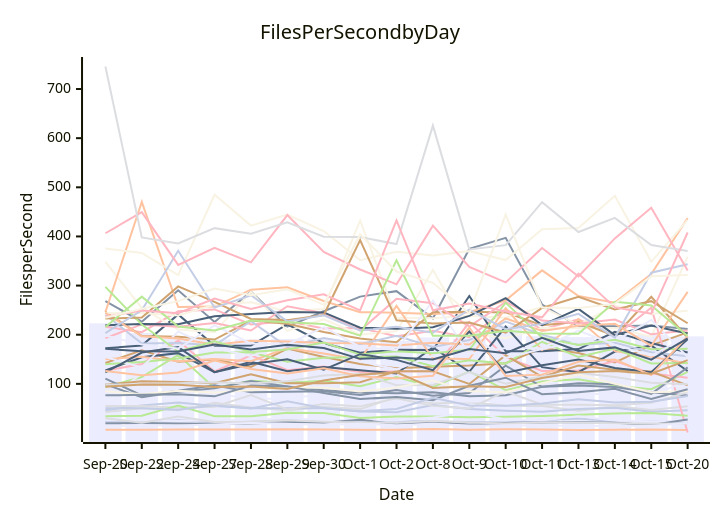
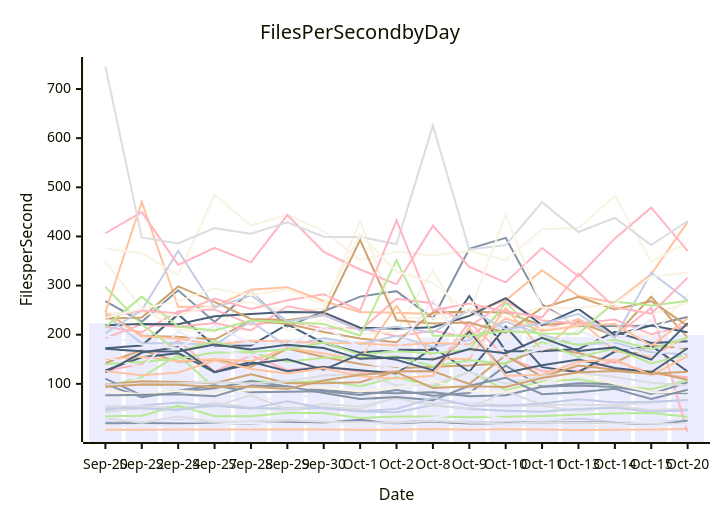
The diagram in perf-report.md (streetsidesoftware/cspell), drawn with Mermaid before and after one commit. The commit also changed other lines of this file and 2 other files, not shown here.

````diff
--- a/perf-report.md
+++ b/perf-report.md
@@ -11,57 +11,57 @@
 ```mermaid
 xychart-beta
     title Files Per Second by Day
     y-axis Files per Second
     x-axis Date [Sep-20, Sep-22, Sep-24, Sep-27, Sep-28, Sep-29, Sep-30, Oct-1, Oct-2, Oct-8, Oct-9, Oct-10, Oct-11, Oct-13, Oct-14, Oct-15, Oct-20]
-    bar [223.14, 203.41, 191.85, 190.34, 190.33, 191.42, 191.65, 187.17, 187.29, 194.39, 192.05, 218.83, 197.10, 195.24, 197.65, 199.65, 196.61]
-    line [268.40, 226.40, 290.41, 225.84, 287.60, 216.33, 247.70, 277.53, 288.63, 233.16, 374.71, 397.16, 261.34, 217.24, 217.08, 218.73, 211.69]
-    line [6.83, 6.48, 7.18, 7.27, 6.94, 7.83, 6.98, 6.40, 6.43, 8.18, 6.76, 7.44, 7.30, 6.32, 6.65, 7.26, 6.21]
-    line [42.51, 50.42, 46.36, 61.34, 51.99, 46.51, 53.11, 48.59, 73.40, 59.94, 62.62, 55.56, 54.77, 45.21, 54.60, 46.67, 54.34]
-    line [93.37, 113.84, 158.94, 91.50, 106.48, 102.03, 106.46, 94.98, 113.77, 93.63, 125.18, 87.00, 104.77, 109.42, 96.45, 89.22, 124.33]
-    line [142.56, 168.42, 145.10, 149.37, 134.63, 171.73, 154.69, 140.49, 131.94, 134.65, 137.28, 142.04, 172.94, 162.65, 143.57, 178.30, 204.82]
-    line [46.22, 56.03, 61.86, 55.07, 50.38, 50.26, 50.11, 43.90, 42.10, 56.81, 48.66, 45.19, 43.33, 48.66, 51.39, 43.09, 46.27]
+    bar [223.14, 203.41, 191.85, 190.34, 190.33, 191.42, 191.65, 187.17, 187.29, 194.39, 192.05, 218.83, 197.10, 195.24, 197.65, 199.65, 199.37]
+    line [268.40, 226.40, 290.41, 225.84, 287.60, 216.33, 247.70, 277.53, 288.63, 233.16, 374.71, 397.16, 261.34, 217.24, 217.08, 218.73, 236.08]
+    line [6.83, 6.48, 7.18, 7.27, 6.94, 7.83, 6.98, 6.40, 6.43, 8.18, 6.76, 7.44, 7.30, 6.32, 6.65, 7.26, 7.96]
+    line [42.51, 50.42, 46.36, 61.34, 51.99, 46.51, 53.11, 48.59, 73.40, 59.94, 62.62, 55.56, 54.77, 45.21, 54.60, 46.67, 49.27]
+    line [93.37, 113.84, 158.94, 91.50, 106.48, 102.03, 106.46, 94.98, 113.77, 93.63, 125.18, 87.00, 104.77, 109.42, 96.45, 89.22, 106.77]
+    line [142.56, 168.42, 145.10, 149.37, 134.63, 171.73, 154.69, 140.49, 131.94, 134.65, 137.28, 142.04, 172.94, 162.65, 143.57, 178.30, 170.91]
+    line [46.22, 56.03, 61.86, 55.07, 50.38, 50.26, 50.11, 43.90, 42.10, 56.81, 48.66, 45.19, 43.33, 48.66, 51.39, 43.09, 46.53]
     line [216.06, 205.09, 247.61, 251.50, 220.80, 227.59, 212.73, 213.55, 197.04, 208.25, 194.51, 251.63, 210.60, 231.31, 197.08, 254.89, 1.00]
-    line [172.61, 177.91, 241.32, 177.39, 178.05, 221.01, 182.74, 163.48, 169.32, 168.97, 278.92, 166.54, 166.53, 170.79, 205.75, 183.07, 163.93]
-    line [348.02, 254.54, 210.42, 205.10, 287.53, 207.85, 231.21, 200.22, 207.10, 331.74, 203.63, 192.81, 213.97, 213.28, 213.47, 195.94, 359.05]
-    line [64.95, 121.18, 70.33, 81.37, 68.55, 70.46, 78.07, 69.43, 66.84, 65.37, 64.09, 65.74, 75.83, 77.12, 81.28, 76.22, 105.99]
-    line [98.84, 72.96, 83.85, 90.86, 105.55, 94.80, 87.05, 82.35, 80.71, 82.95, 74.90, 76.80, 94.05, 96.82, 93.39, 82.69, 76.36]
-    line [246.03, 470.19, 256.56, 257.27, 291.74, 296.65, 268.66, 245.94, 244.92, 242.23, 245.65, 270.12, 330.98, 278.79, 265.30, 323.42, 437.26]
-    line [54.86, 55.17, 51.26, 53.54, 77.09, 47.84, 59.17, 54.01, 70.63, 55.18, 49.90, 84.72, 57.64, 57.38, 56.41, 61.33, 82.74]
-    line [33.83, 35.26, 55.80, 33.99, 34.03, 41.23, 40.49, 30.44, 33.53, 33.57, 32.29, 33.27, 34.79, 37.33, 39.68, 40.77, 34.90]
-    line [246.18, 197.54, 195.96, 190.07, 228.82, 222.46, 205.73, 192.21, 184.58, 245.51, 246.82, 245.36, 219.50, 226.50, 197.43, 277.21, 193.75]
-    line [24.38, 22.79, 25.90, 22.55, 24.52, 26.32, 24.36, 24.04, 25.09, 23.35, 22.45, 21.51, 25.71, 29.42, 23.92, 24.25, 22.11]
-    line [126.65, 140.55, 188.49, 125.20, 157.87, 127.91, 135.21, 124.24, 125.20, 125.79, 225.70, 154.24, 126.07, 127.29, 146.49, 121.12, 112.39]
-    line [127.46, 154.00, 162.49, 123.69, 144.71, 125.72, 134.25, 127.46, 121.17, 173.95, 124.58, 216.72, 133.97, 123.87, 165.74, 177.89, 126.21]
-    line [243.99, 243.96, 239.11, 261.23, 266.19, 247.38, 252.69, 432.16, 234.56, 233.40, 238.56, 234.64, 256.33, 219.99, 259.48, 242.38, 248.64]
-    line [25.97, 25.29, 24.28, 26.03, 27.14, 29.89, 26.22, 25.83, 25.33, 31.76, 42.94, 27.61, 25.97, 34.21, 25.09, 23.71, 24.32]
-    line [19.73, 20.13, 19.16, 18.74, 19.48, 22.38, 21.10, 27.10, 18.00, 23.58, 17.31, 20.37, 21.44, 22.38, 20.97, 16.04, 27.49]
-    line [150.22, 155.16, 146.16, 150.57, 146.25, 172.87, 161.95, 149.25, 258.77, 151.43, 150.43, 254.02, 168.57, 231.71, 166.56, 155.07, 141.64]
-    line [29.89, 21.10, 33.29, 22.21, 22.99, 25.81, 22.79, 21.40, 20.78, 24.57, 21.27, 19.07, 21.50, 21.24, 19.97, 18.63, 19.47]
-    line [139.87, 144.59, 151.47, 163.76, 164.48, 145.07, 153.00, 154.07, 155.61, 136.07, 148.26, 141.19, 185.69, 154.55, 171.82, 141.67, 142.46]
-    line [98.32, 105.51, 103.82, 101.18, 119.72, 101.30, 101.24, 103.40, 125.70, 125.48, 99.76, 158.05, 114.31, 137.32, 128.51, 125.12, 96.95]
-    line [240.62, 182.34, 183.11, 178.48, 227.71, 175.37, 193.07, 180.70, 197.68, 174.97, 189.16, 226.87, 200.18, 179.39, 183.41, 164.40, 156.31]
-    line [193.09, 220.97, 216.09, 223.67, 208.59, 258.02, 244.00, 208.42, 273.15, 264.14, 216.71, 266.75, 228.80, 223.08, 230.72, 200.81, 208.61]
-    line [219.17, 221.75, 221.55, 237.73, 242.39, 246.40, 245.33, 214.25, 212.38, 215.08, 238.25, 274.47, 219.66, 252.51, 199.34, 218.85, 202.54]
-    line [375.60, 366.33, 321.23, 484.87, 422.08, 444.64, 410.96, 351.78, 368.84, 361.47, 370.09, 351.86, 414.54, 417.07, 482.80, 348.28, 433.56]
-    line [154.49, 133.29, 206.55, 172.23, 156.59, 180.95, 179.76, 145.22, 129.53, 157.39, 199.58, 152.82, 170.97, 185.75, 186.96, 229.89, 154.63]
-    line [110.64, 76.31, 85.79, 97.01, 82.92, 84.16, 84.72, 77.34, 87.34, 75.86, 81.29, 136.91, 94.03, 101.02, 99.02, 79.59, 133.46]
-    line [244.43, 196.97, 192.51, 179.82, 187.80, 186.23, 183.20, 182.62, 177.99, 183.70, 179.89, 233.14, 207.50, 218.41, 222.25, 177.43, 287.18]
-    line [98.38, 99.03, 101.47, 103.27, 100.93, 105.22, 117.10, 120.39, 97.23, 97.90, 123.96, 100.36, 115.55, 122.73, 114.09, 102.09, 99.27]
-    line [297.37, 220.86, 165.88, 186.63, 165.05, 169.83, 183.91, 159.55, 166.58, 162.12, 169.35, 265.31, 194.05, 178.95, 189.91, 170.29, 171.45]
-    line [233.17, 234.84, 298.34, 266.72, 232.18, 229.70, 240.06, 392.72, 229.48, 222.78, 224.66, 204.36, 254.42, 277.26, 251.58, 268.24, 223.36]
-    line [203.26, 249.81, 370.77, 255.08, 280.21, 227.10, 239.56, 208.40, 216.14, 204.22, 251.15, 211.26, 222.05, 242.35, 194.13, 326.19, 343.51]
-    line [406.48, 449.44, 342.12, 376.67, 347.31, 443.48, 368.45, 332.70, 302.48, 422.03, 338.21, 306.48, 376.46, 318.53, 395.99, 458.46, 330.81]
-    line [123.33, 163.66, 174.86, 123.76, 140.60, 149.87, 128.75, 160.37, 148.80, 127.97, 206.50, 122.84, 138.06, 149.67, 132.46, 123.48, 190.98]
-    line [84.89, 78.73, 86.02, 82.17, 86.87, 92.07, 92.00, 84.24, 92.67, 106.68, 84.76, 82.82, 101.29, 118.90, 100.19, 82.72, 84.82]
-    line [198.42, 179.83, 171.82, 219.08, 181.95, 180.26, 215.27, 175.03, 168.70, 269.72, 161.18, 172.81, 172.65, 208.47, 179.72, 157.56, 196.27]
-    line [76.57, 77.71, 78.68, 74.59, 96.62, 94.86, 81.46, 69.18, 73.06, 66.65, 96.25, 112.51, 78.91, 82.77, 89.92, 69.05, 89.02]
-    line [126.36, 117.29, 122.97, 147.55, 130.31, 120.84, 131.56, 115.38, 110.82, 116.53, 214.42, 116.00, 118.77, 144.83, 149.59, 117.74, 196.92]
-    line [745.85, 398.12, 385.90, 416.89, 405.74, 428.96, 399.50, 398.65, 384.43, 625.58, 373.38, 382.28, 469.75, 409.07, 437.77, 382.49, 370.38]
-    line [215.66, 277.45, 216.60, 208.75, 228.82, 225.46, 221.92, 198.17, 351.24, 197.76, 198.13, 208.30, 202.68, 201.79, 267.21, 259.65, 197.31]
-    line [94.28, 98.57, 98.01, 93.82, 94.62, 89.71, 106.79, 118.50, 123.61, 91.76, 95.32, 93.61, 112.00, 123.43, 125.94, 120.60, 148.28]
-    line [50.36, 50.54, 47.43, 56.40, 49.96, 64.67, 50.46, 44.40, 48.96, 71.61, 56.00, 55.29, 59.99, 68.80, 62.02, 63.75, 75.46]
-    line [236.84, 249.23, 243.91, 273.74, 252.33, 270.33, 282.14, 249.68, 432.83, 249.77, 263.65, 247.10, 235.41, 323.97, 255.64, 242.67, 408.00]
-    line [171.44, 166.11, 165.94, 180.17, 169.69, 179.61, 173.13, 150.88, 153.50, 149.45, 170.98, 162.38, 193.61, 167.04, 174.22, 149.10, 192.69]
-    line [234.66, 253.01, 268.39, 293.97, 280.40, 292.26, 260.88, 404.51, 328.53, 305.64, 243.36, 444.70, 255.37, 254.42, 262.77, 318.79, 321.56]
-    line [13.68, 15.06, 15.07, 17.30, 20.40, 18.84, 16.01, 18.80, 15.62, 18.14, 15.49, 15.23, 15.94, 13.89, 14.53, 14.11, 20.25]
+    line [172.61, 177.91, 241.32, 177.39, 178.05, 221.01, 182.74, 163.48, 169.32, 168.97, 278.92, 166.54, 166.53, 170.79, 205.75, 183.07, 186.73]
+    line [348.02, 254.54, 210.42, 205.10, 287.53, 207.85, 231.21, 200.22, 207.10, 331.74, 203.63, 192.81, 213.97, 213.28, 213.47, 195.94, 281.48]
+    line [64.95, 121.18, 70.33, 81.37, 68.55, 70.46, 78.07, 69.43, 66.84, 65.37, 64.09, 65.74, 75.83, 77.12, 81.28, 76.22, 89.41]
+    line [98.84, 72.96, 83.85, 90.86, 105.55, 94.80, 87.05, 82.35, 80.71, 82.95, 74.90, 76.80, 94.05, 96.82, 93.39, 82.69, 80.94]
+    line [246.03, 470.19, 256.56, 257.27, 291.74, 296.65, 268.66, 245.94, 244.92, 242.23, 245.65, 270.12, 330.98, 278.79, 265.30, 323.42, 429.01]
+    line [54.86, 55.17, 51.26, 53.54, 77.09, 47.84, 59.17, 54.01, 70.63, 55.18, 49.90, 84.72, 57.64, 57.38, 56.41, 61.33, 67.41]
+    line [33.83, 35.26, 55.80, 33.99, 34.03, 41.23, 40.49, 30.44, 33.53, 33.57, 32.29, 33.27, 34.79, 37.33, 39.68, 40.77, 33.11]
+    line [246.18, 197.54, 195.96, 190.07, 228.82, 222.46, 205.73, 192.21, 184.58, 245.51, 246.82, 245.36, 219.50, 226.50, 197.43, 277.21, 193.99]
+    line [24.38, 22.79, 25.90, 22.55, 24.52, 26.32, 24.36, 24.04, 25.09, 23.35, 22.45, 21.51, 25.71, 29.42, 23.92, 24.25, 24.95]
+    line [126.65, 140.55, 188.49, 125.20, 157.87, 127.91, 135.21, 124.24, 125.20, 125.79, 225.70, 154.24, 126.07, 127.29, 146.49, 121.12, 113.50]
+    line [127.46, 154.00, 162.49, 123.69, 144.71, 125.72, 134.25, 127.46, 121.17, 173.95, 124.58, 216.72, 133.97, 123.87, 165.74, 177.89, 125.02]
+    line [243.99, 243.96, 239.11, 261.23, 266.19, 247.38, 252.69, 432.16, 234.56, 233.40, 238.56, 234.64, 256.33, 219.99, 259.48, 242.38, 264.24]
+    line [25.97, 25.29, 24.28, 26.03, 27.14, 29.89, 26.22, 25.83, 25.33, 31.76, 42.94, 27.61, 25.97, 34.21, 25.09, 23.71, 23.43]
+    line [19.73, 20.13, 19.16, 18.74, 19.48, 22.38, 21.10, 27.10, 18.00, 23.58, 17.31, 20.37, 21.44, 22.38, 20.97, 16.04, 25.16]
+    line [150.22, 155.16, 146.16, 150.57, 146.25, 172.87, 161.95, 149.25, 258.77, 151.43, 150.43, 254.02, 168.57, 231.71, 166.56, 155.07, 196.36]
+    line [29.89, 21.10, 33.29, 22.21, 22.99, 25.81, 22.79, 21.40, 20.78, 24.57, 21.27, 19.07, 21.50, 21.24, 19.97, 18.63, 18.81]
+    line [139.87, 144.59, 151.47, 163.76, 164.48, 145.07, 153.00, 154.07, 155.61, 136.07, 148.26, 141.19, 185.69, 154.55, 171.82, 141.67, 160.22]
+    line [98.32, 105.51, 103.82, 101.18, 119.72, 101.30, 101.24, 103.40, 125.70, 125.48, 99.76, 158.05, 114.31, 137.32, 128.51, 125.12, 108.27]
+    line [240.62, 182.34, 183.11, 178.48, 227.71, 175.37, 193.07, 180.70, 197.68, 174.97, 189.16, 226.87, 200.18, 179.39, 183.41, 164.40, 159.49]
+    line [193.09, 220.97, 216.09, 223.67, 208.59, 258.02, 244.00, 208.42, 273.15, 264.14, 216.71, 266.75, 228.80, 223.08, 230.72, 200.81, 218.77]
+    line [219.17, 221.75, 221.55, 237.73, 242.39, 246.40, 245.33, 214.25, 212.38, 215.08, 238.25, 274.47, 219.66, 252.51, 199.34, 218.85, 204.99]
+    line [375.60, 366.33, 321.23, 484.87, 422.08, 444.64, 410.96, 351.78, 368.84, 361.47, 370.09, 351.86, 414.54, 417.07, 482.80, 348.28, 388.55]
+    line [154.49, 133.29, 206.55, 172.23, 156.59, 180.95, 179.76, 145.22, 129.53, 157.39, 199.58, 152.82, 170.97, 185.75, 186.96, 229.89, 148.98]
+    line [110.64, 76.31, 85.79, 97.01, 82.92, 84.16, 84.72, 77.34, 87.34, 75.86, 81.29, 136.91, 94.03, 101.02, 99.02, 79.59, 103.01]
+    line [244.43, 196.97, 192.51, 179.82, 187.80, 186.23, 183.20, 182.62, 177.99, 183.70, 179.89, 233.14, 207.50, 218.41, 222.25, 177.43, 233.06]
+    line [98.38, 99.03, 101.47, 103.27, 100.93, 105.22, 117.10, 120.39, 97.23, 97.90, 123.96, 100.36, 115.55, 122.73, 114.09, 102.09, 96.85]
+    line [297.37, 220.86, 165.88, 186.63, 165.05, 169.83, 183.91, 159.55, 166.58, 162.12, 169.35, 265.31, 194.05, 178.95, 189.91, 170.29, 194.31]
+    line [233.17, 234.84, 298.34, 266.72, 232.18, 229.70, 240.06, 392.72, 229.48, 222.78, 224.66, 204.36, 254.42, 277.26, 251.58, 268.24, 217.93]
+    line [203.26, 249.81, 370.77, 255.08, 280.21, 227.10, 239.56, 208.40, 216.14, 204.22, 251.15, 211.26, 222.05, 242.35, 194.13, 326.19, 270.15]
+    line [406.48, 449.44, 342.12, 376.67, 347.31, 443.48, 368.45, 332.70, 302.48, 422.03, 338.21, 306.48, 376.46, 318.53, 395.99, 458.46, 370.45]
+    line [123.33, 163.66, 174.86, 123.76, 140.60, 149.87, 128.75, 160.37, 148.80, 127.97, 206.50, 122.84, 138.06, 149.67, 132.46, 123.48, 172.40]
+    line [84.89, 78.73, 86.02, 82.17, 86.87, 92.07, 92.00, 84.24, 92.67, 106.68, 84.76, 82.82, 101.29, 118.90, 100.19, 82.72, 84.05]
+    line [198.42, 179.83, 171.82, 219.08, 181.95, 180.26, 215.27, 175.03, 168.70, 269.72, 161.18, 172.81, 172.65, 208.47, 179.72, 157.56, 178.54]
+    line [76.57, 77.71, 78.68, 74.59, 96.62, 94.86, 81.46, 69.18, 73.06, 66.65, 96.25, 112.51, 78.91, 82.77, 89.92, 69.05, 88.06]
+    line [126.36, 117.29, 122.97, 147.55, 130.31, 120.84, 131.56, 115.38, 110.82, 116.53, 214.42, 116.00, 118.77, 144.83, 149.59, 117.74, 156.35]
+    line [745.85, 398.12, 385.90, 416.89, 405.74, 428.96, 399.50, 398.65, 384.43, 625.58, 373.38, 382.28, 469.75, 409.07, 437.77, 382.49, 431.43]
+    line [215.66, 277.45, 216.60, 208.75, 228.82, 225.46, 221.92, 198.17, 351.24, 197.76, 198.13, 208.30, 202.68, 201.79, 267.21, 259.65, 268.53]
+    line [94.28, 98.57, 98.01, 93.82, 94.62, 89.71, 106.79, 118.50, 123.61, 91.76, 95.32, 93.61, 112.00, 123.43, 125.94, 120.60, 124.47]
+    line [50.36, 50.54, 47.43, 56.40, 49.96, 64.67, 50.46, 44.40, 48.96, 71.61, 56.00, 55.29, 59.99, 68.80, 62.02, 63.75, 67.15]
+    line [236.84, 249.23, 243.91, 273.74, 252.33, 270.33, 282.14, 249.68, 432.83, 249.77, 263.65, 247.10, 235.41, 323.97, 255.64, 242.67, 316.16]
+    line [171.44, 166.11, 165.94, 180.17, 169.69, 179.61, 173.13, 150.88, 153.50, 149.45, 170.98, 162.38, 193.61, 167.04, 174.22, 149.10, 223.58]
+    line [234.66, 253.01, 268.39, 293.97, 280.40, 292.26, 260.88, 404.51, 328.53, 305.64, 243.36, 444.70, 255.37, 254.42, 262.77, 318.79, 326.00]
+    line [13.68, 15.06, 15.07, 17.30, 20.40, 18.84, 16.01, 18.80, 15.62, 18.14, 15.49, 15.23, 15.94, 13.89, 14.53, 14.11, 17.05]
 ```
````
